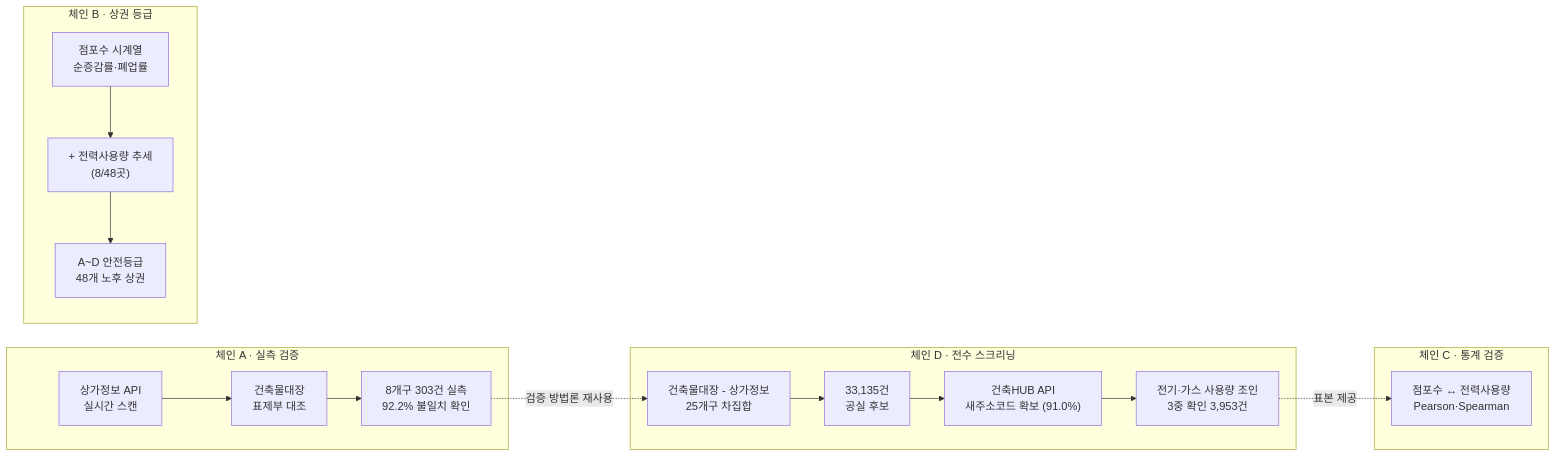
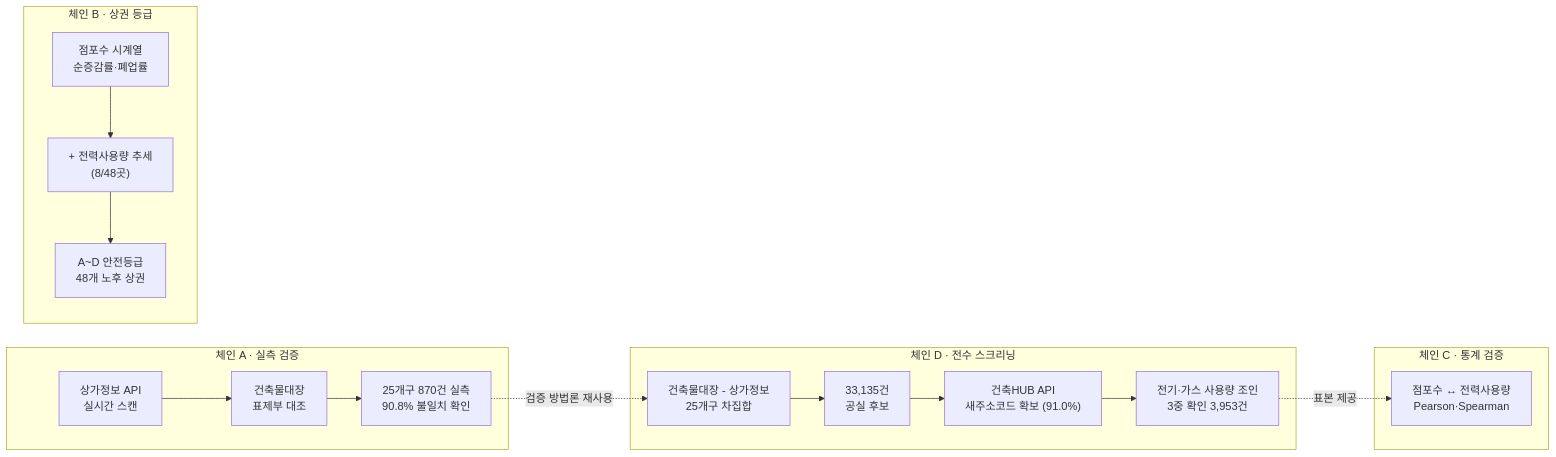
The diagram in README.md (0se0/vacancy-safety-diagnosis), drawn with Mermaid before and after one commit. The commit also changed other lines of this file and 6 other files, not shown here.

````diff
--- a/README.md
+++ b/README.md
@@ -59,21 +59,21 @@
 ```mermaid
 flowchart LR
     subgraph A["체인 A · 실측 검증"]
         A1[상가정보 API<br/>실시간 스캔] --> A2[건축물대장<br/>표제부 대조]
-        A2 --> A3["8개구 303건 실측<br/>92.2% 불일치 확인"]
+        A2 --> A3["25개구 870건 실측<br/>90.8% 불일치 확인"]
     end
     subgraph D["체인 D · 전수 스크리닝"]
         D1["건축물대장 - 상가정보<br/>25개구 차집합"] --> D2["33,135건<br/>공실 후보"]
         D2 --> D3["건축HUB API<br/>새주소코드 확보 (91.0%)"]
         D3 --> D4["전기·가스 사용량 조인<br/>3중 확인 3,953건"]
     end
     subgraph B["체인 B · 상권 등급"]
         B1["점포수 시계열<br/>순증감률·폐업률"] --> B2["+ 전력사용량 추세<br/>(8/48곳)"]
         B2 --> B3["A~D 안전등급<br/>48개 노후 상권"]
     end
     subgraph C["체인 C · 통계 검증"]
         C1["점포수 ↔ 전력사용량<br/>Pearson·Spearman"]
     end
     A3 -.검증 방법론 재사용.-> D1
     D4 -.표본 제공.-> C1
 ```
````
